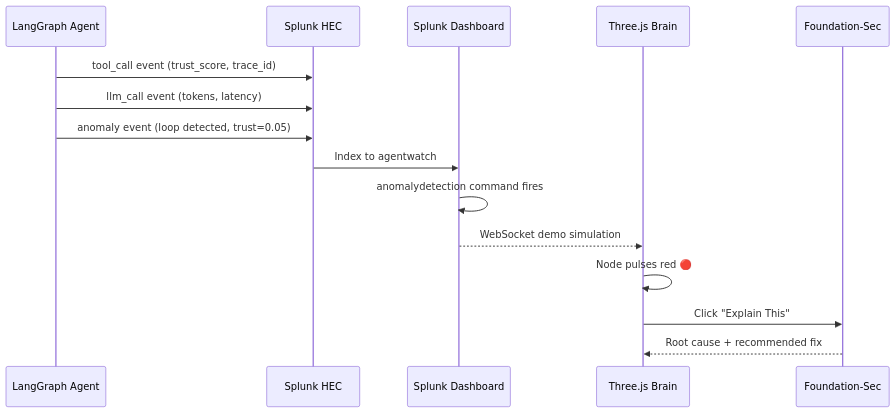
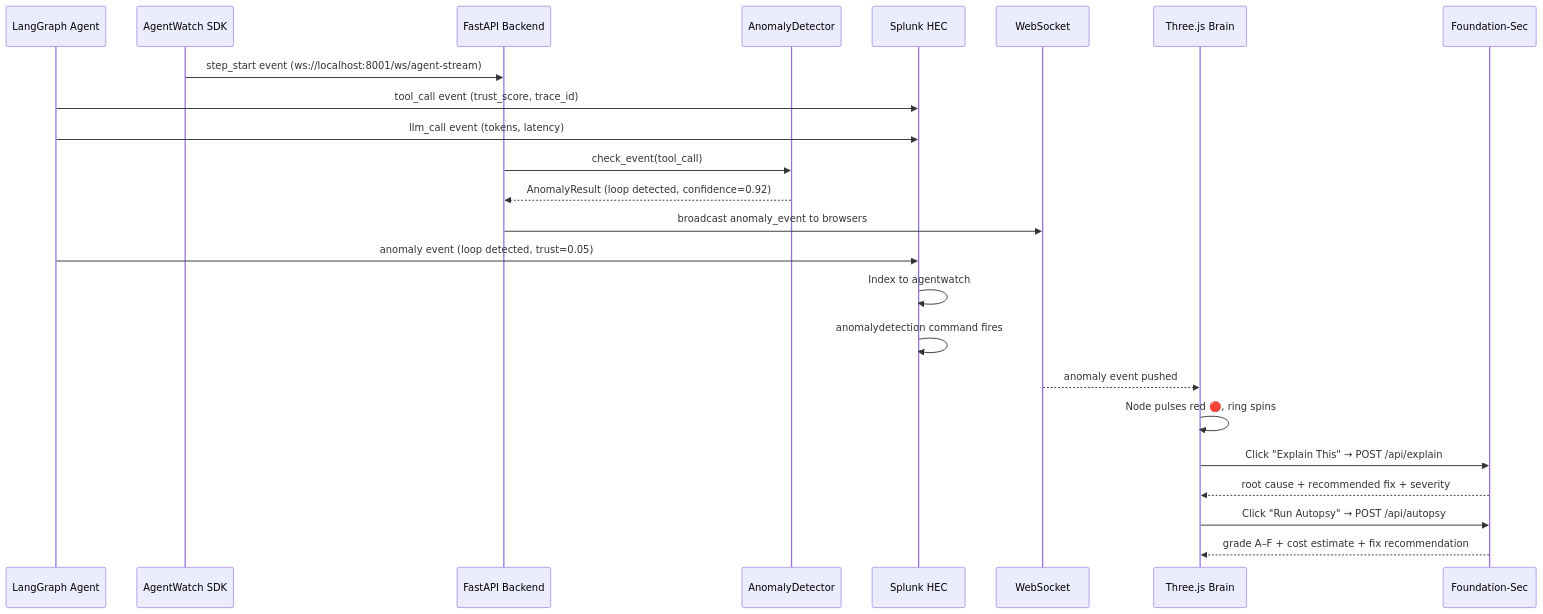
Before and after one commit to ashish-doing/agentwatch: the second of 3 diagrams in architecture_diagram.md, drawn with Mermaid. The commit also changed other lines of this file, not shown here.

Commit message:
docs: update architecture_diagram.md — add SDK, AnomalyDetector, autopsy, demo trigger, all API endpoints

````diff
--- a/architecture_diagram.md
+++ b/architecture_diagram.md
@@ -57,18 +70,27 @@
 ```mermaid
 sequenceDiagram
     participant Agent as LangGraph Agent
+    participant SDK as AgentWatch SDK
+    participant API as FastAPI Backend
+    participant AD as AnomalyDetector
     participant HEC as Splunk HEC
-    participant Splunk as Splunk Dashboard
+    participant WS as WebSocket
     participant Brain as Three.js Brain
     participant FS as Foundation-Sec
 
+    SDK->>API: step_start event (ws://localhost:8001/ws/agent-stream)
     Agent->>HEC: tool_call event (trust_score, trace_id)
     Agent->>HEC: llm_call event (tokens, latency)
+    API->>AD: check_event(tool_call)
+    AD-->>API: AnomalyResult (loop detected, confidence=0.92)
+    API->>WS: broadcast anomaly_event to browsers
     Agent->>HEC: anomaly event (loop detected, trust=0.05)
-    HEC->>Splunk: Index to agentwatch
-    Splunk->>Splunk: anomalydetection command fires
-    Splunk-->>Brain: WebSocket demo simulation
-    Brain->>Brain: Node pulses red 🔴
-    Brain->>FS: Click "Explain This"
-    FS-->>Brain: Root cause + recommended fix
+    HEC->>HEC: Index to agentwatch
+    HEC->>HEC: anomalydetection command fires
+    WS-->>Brain: anomaly event pushed
+    Brain->>Brain: Node pulses red 🔴, ring spins
+    Brain->>FS: Click "Explain This" → POST /api/explain
+    FS-->>Brain: root cause + recommended fix + severity
+    Brain->>FS: Click "Run Autopsy" → POST /api/autopsy
+    FS-->>Brain: grade A–F + cost estimate + fix recommendation
 ```
````
